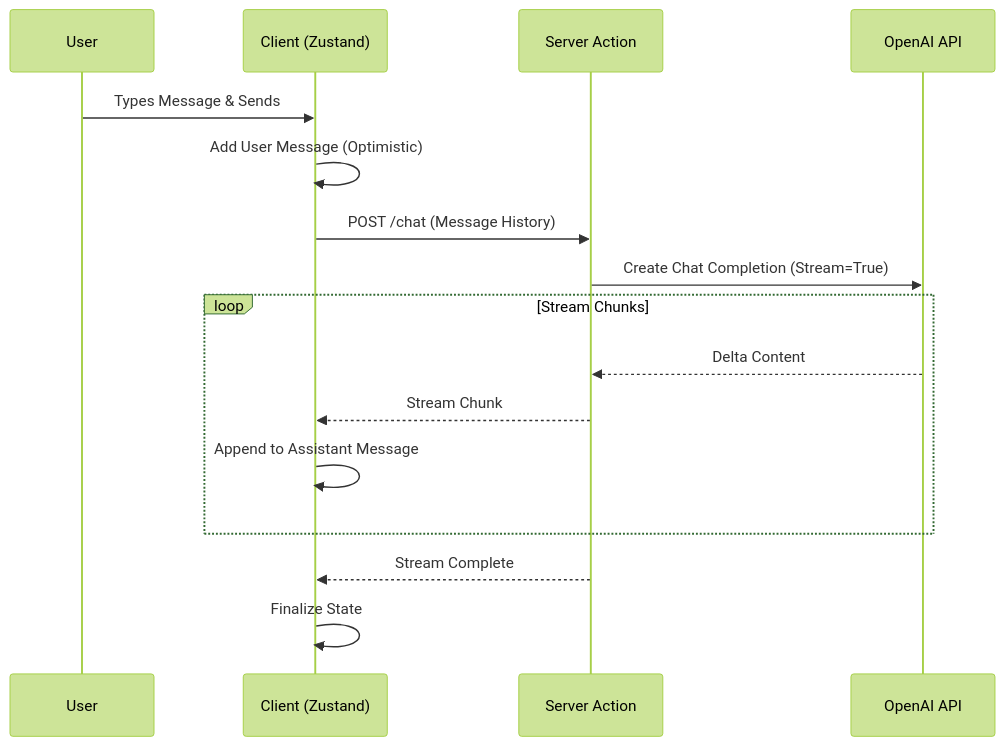
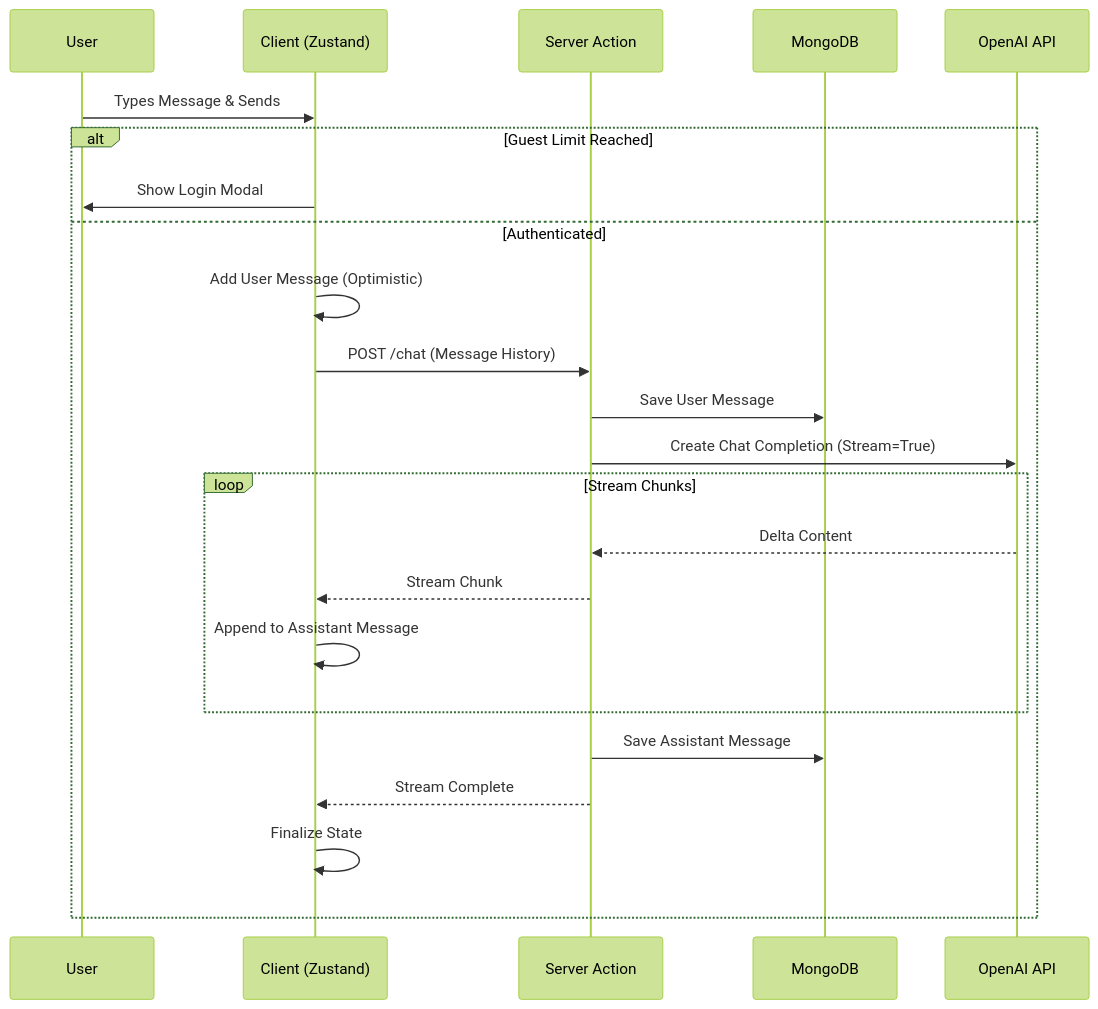
Before and after one commit to kirtan597/Ai-Buddy: the second of 2 diagrams in README.md, drawn with Mermaid (forest theme). The commit also changed other lines of this file, not shown here.

Commit message:
docs: Update README with Auth, Guest Mode, and Persistence architectural details

````diff
--- a/README.md
+++ b/README.md
@@ -66,19 +78,26 @@
 ```mermaid
 sequenceDiagram
     participant U as User
     participant C as Client (Zustand)
     participant S as Server Action
+    participant D as MongoDB
     participant AI as OpenAI API
     
     U->>C: Types Message & Sends
-    C->>C: Add User Message (Optimistic)
-    C->>S: POST /chat (Message History)
-    S->>AI: Create Chat Completion (Stream=True)
-    loop Stream Chunks
-        AI-->>S: Delta Content
-        S-->>C: Stream Chunk
-        C->>C: Append to Assistant Message
+    alt Guest Limit Reached
+        C->>U: Show Login Modal
+    else Authenticated
+        C->>C: Add User Message (Optimistic)
+        C->>S: POST /chat (Message History)
+        S->>D: Save User Message
+        S->>AI: Create Chat Completion (Stream=True)
+        loop Stream Chunks
+            AI-->>S: Delta Content
+            S-->>C: Stream Chunk
+            C->>C: Append to Assistant Message
+        end
+        S->>D: Save Assistant Message
+        S-->>C: Stream Complete
+        C->>C: Finalize State
     end
-    S-->>C: Stream Complete
-    C->>C: Finalize State
 ```
````
